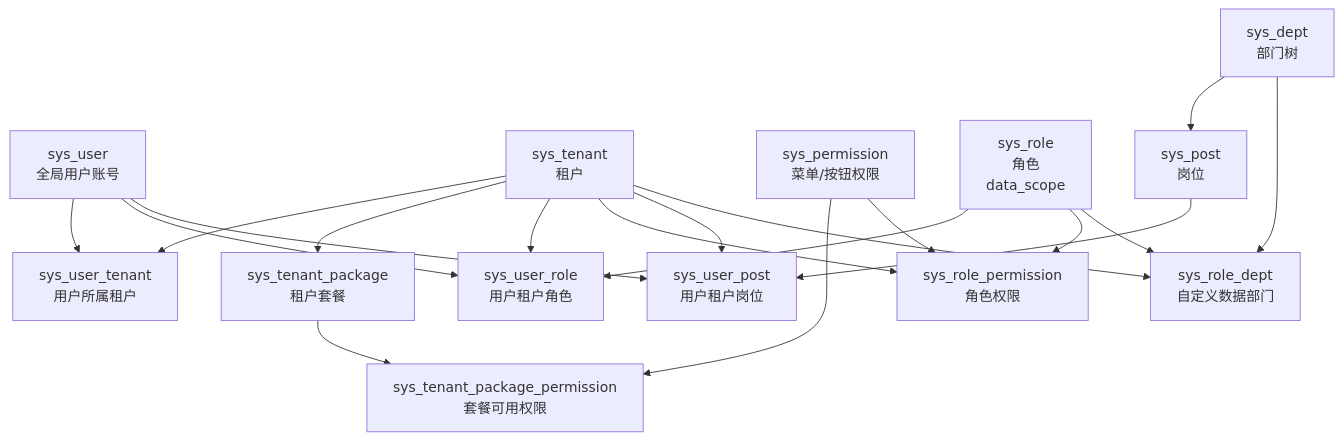
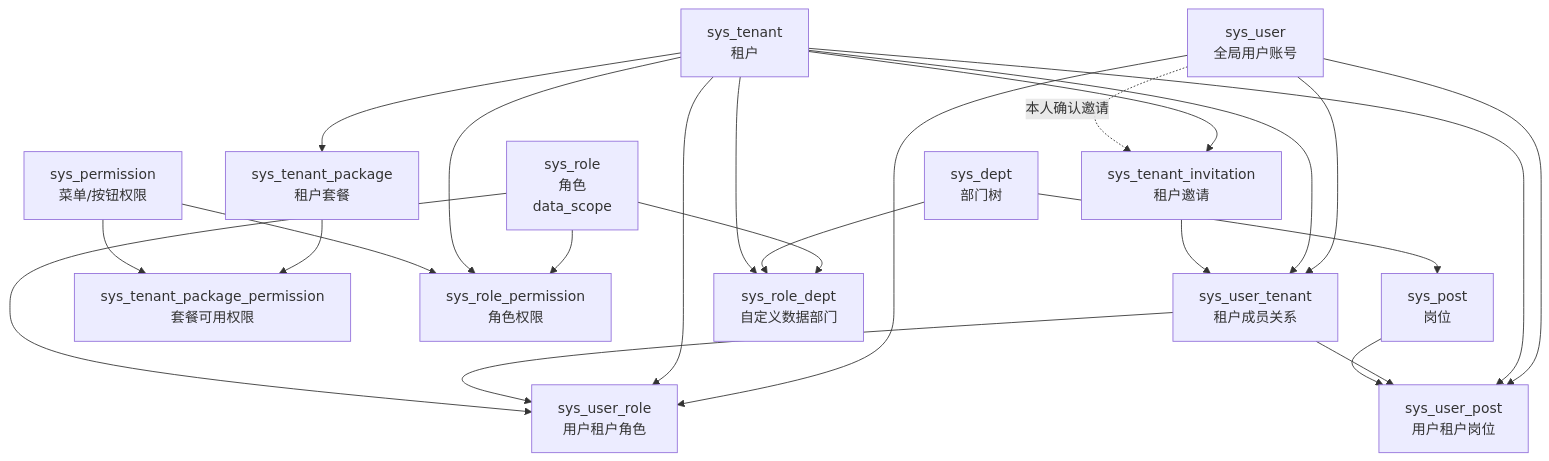
Before and after one commit to jince-boy/whim: the first of 3 diagrams in docs/系统架构.md, drawn with Mermaid. The commit also changed other lines of this file and 22 other files, not shown here.

````diff
--- a/docs/系统架构.md
+++ b/docs/系统架构.md
@@ -5,27 +5,33 @@
 ```mermaid
 flowchart TD
-    U["sys_user<br/>全局用户账号"] --> UT["sys_user_tenant<br/>用户所属租户"]
+    U["sys_user<br/>全局用户账号"] --> UT["sys_user_tenant<br/>租户成员关系"]
     T["sys_tenant<br/>租户"] --> UT
+
+    T --> TI["sys_tenant_invitation<br/>租户邀请"]
+    U -.->|本人确认邀请| TI
+    TI --> UT
 
     T --> TP["sys_tenant_package<br/>租户套餐"]
     TP --> TPP["sys_tenant_package_permission<br/>套餐可用权限"]
     P["sys_permission<br/>菜单/按钮权限"] --> TPP
 
     U --> UR["sys_user_role<br/>用户租户角色"]
     T --> UR
+    UT --> UR
     R["sys_role<br/>角色<br/>data_scope"] --> UR
 
     R --> RP["sys_role_permission<br/>角色权限"]
     T --> RP
     P --> RP
 
     U --> UP["sys_user_post<br/>用户租户岗位"]
     T --> UP
+    UT --> UP
     Post["sys_post<br/>岗位"] --> UP
 
     D["sys_dept<br/>部门树"] --> Post
 
     R --> RD["sys_role_dept<br/>自定义数据部门"]
     D --> RD
     T --> RD
 ```
````
